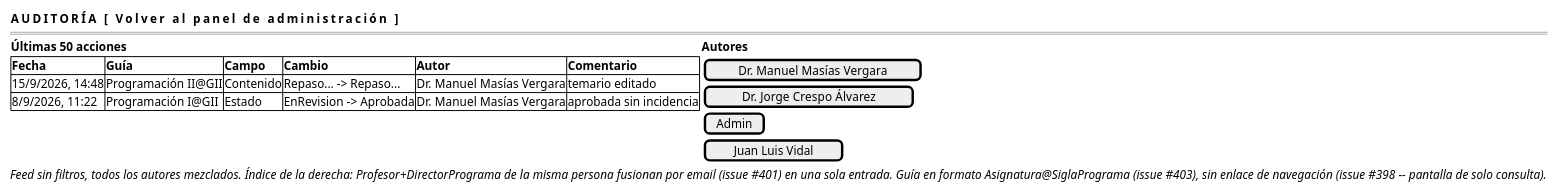
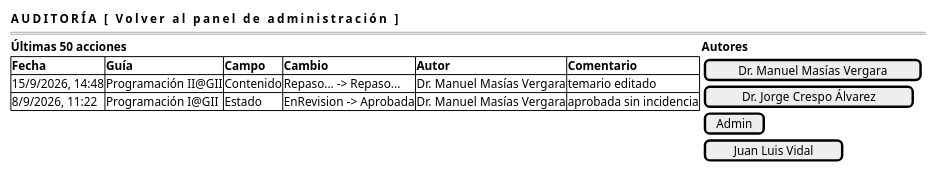
The first of 2 diagrams in RUP/01-requisitos/03-detalle-casos-uso/consultarHistorialCambios/wireframes.puml (mmasias/pyCeldaPublico), drawn with PlantUML before and after one commit. The commit also changed other lines of this file and 58 other files, not shown here.

First line of the commit message:
docs: diagramas de requisitos sin notas internas y manual de Cursos académicos y Auditoría (pyCelda 5dcbdc66)

```diff
--- a/RUP/01-requisitos/03-detalle-casos-uso/consultarHistorialCambios/wireframes.puml
+++ b/RUP/01-requisitos/03-detalle-casos-uso/consultarHistorialCambios/wireframes.puml
@@ -1,20 +1,19 @@
 @startsalt consultarHistorialCambios-wireframe
 {
     { <b>AUDITORÍA                                    [ Volver al panel de administración ] }
     ====
     {
     <b>Últimas 50 acciones | <b>Autores
     {#
         <b>Fecha | <b>Guía | <b>Campo | <b>Cambio | <b>Autor | <b>Comentario
         15/9/2026, 14:48 | Programación II@GII | Contenido | Repaso... -> Repaso... | Dr. Manuel Masías Vergara | temario editado
         8/9/2026, 11:22 | Programación I@GII | Estado | EnRevision -> Aprobada | Dr. Manuel Masías Vergara | aprobada sin incidencia
     } | {
         [ Dr. Manuel Masías Vergara ]
         [ Dr. Jorge Crespo Álvarez ]
         [ Admin ]
         [ Juan Luis Vidal ]
     }
     }
-    <i>Feed sin filtros, todos los autores mezclados. Índice de la derecha: Profesor+DirectorPrograma de la misma persona fusionan por email (issue #401) en una sola entrada. Guía en formato Asignatura@SiglaPrograma (issue #403), sin enlace de navegación (issue #398 -- pantalla de solo consulta).</i>
 }
 @endsalt
```
